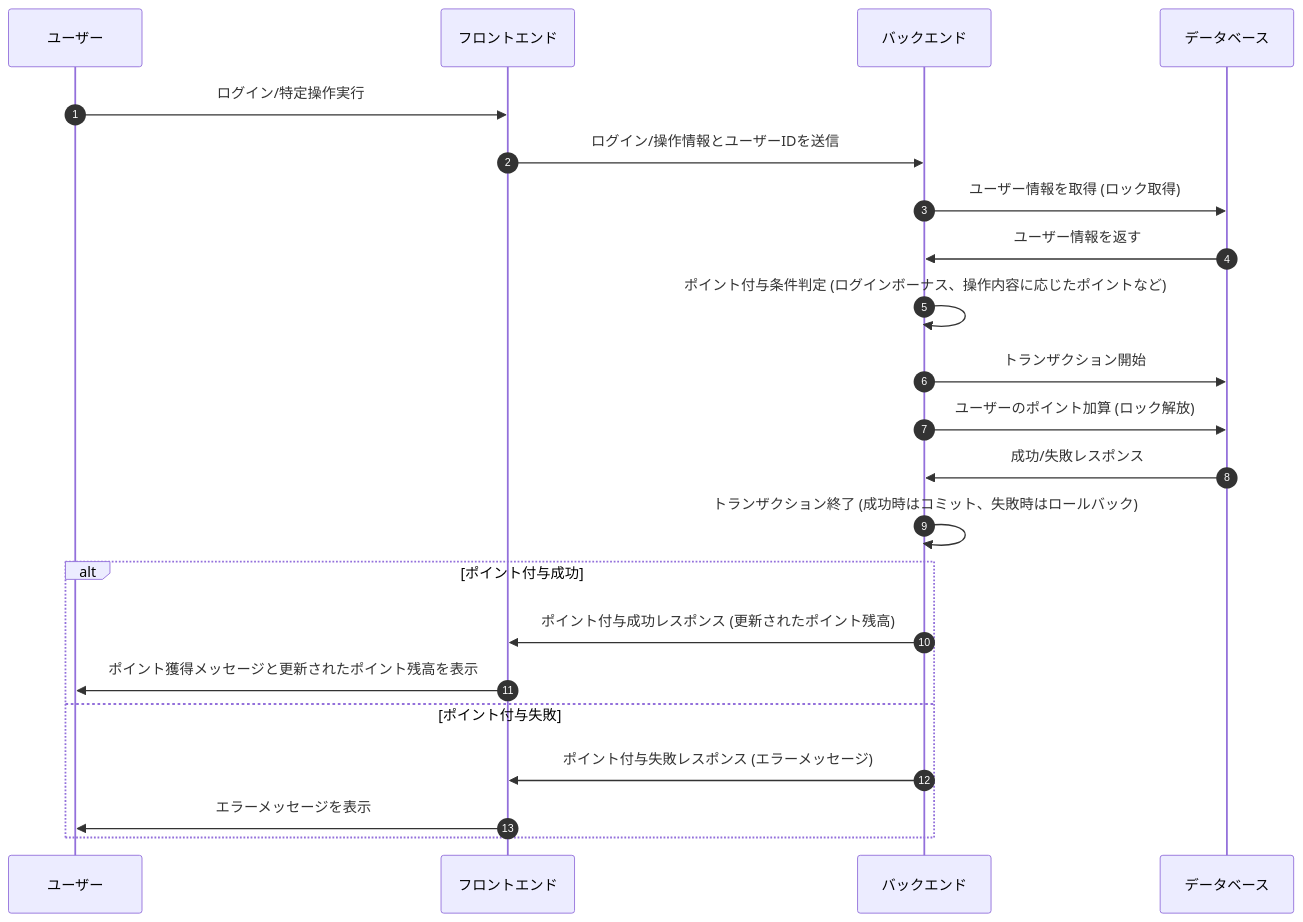
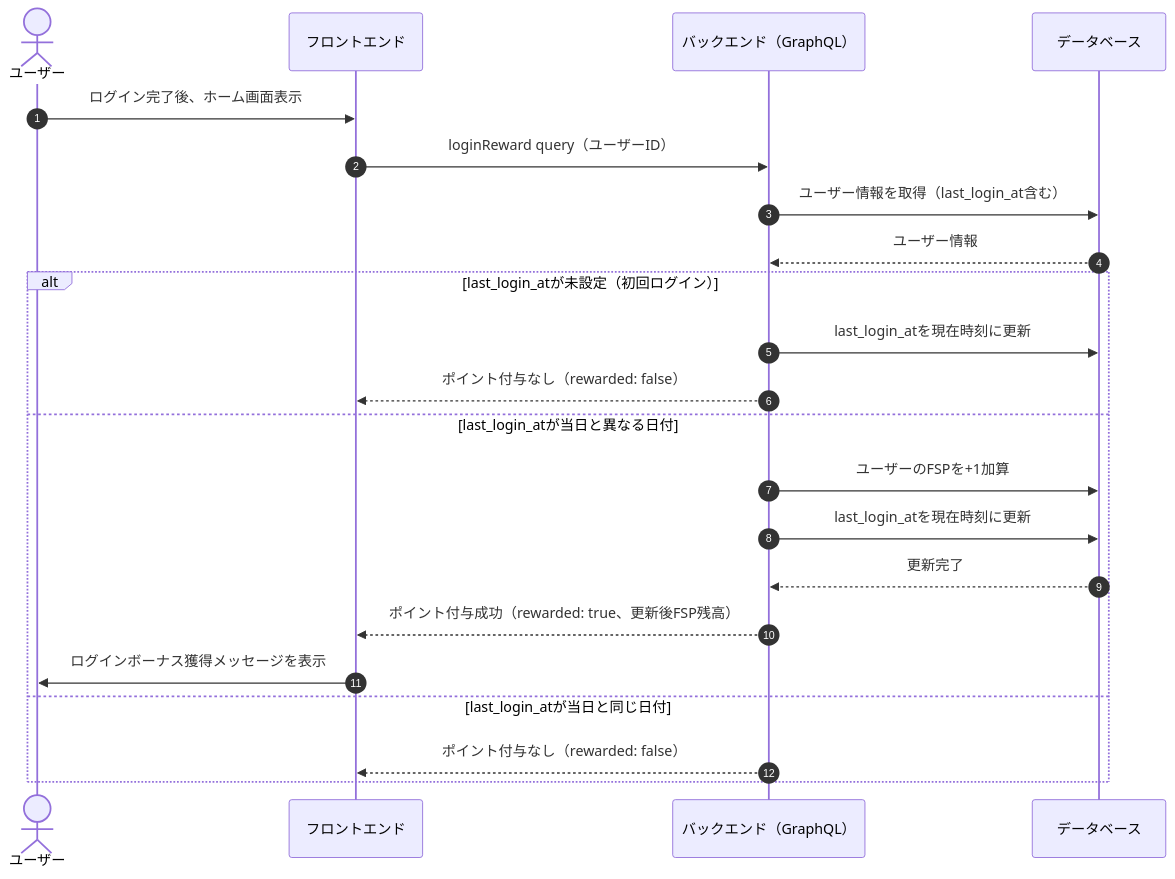
The sixth of 13 diagrams in docs/sequence-diagrams.md (sc-hosokawa/frienda), drawn with Mermaid before and after one commit. The commit also changed other lines of this file, not shown here.

First line of the commit message:
docs: ソースコードの実装に基づいてシーケンス図を全面修正

````diff
--- a/docs/sequence-diagrams.md
+++ b/docs/sequence-diagrams.md
@@ -305,26 +270,28 @@
 ```mermaid
 sequenceDiagram
     autonumber
 
-    participant User as ユーザー
-    participant Frontend as フロントエンド
-    participant Backend as バックエンド
-    participant Database as データベース
+    actor ユーザー
+    participant フロントエンド
+    participant バックエンド as バックエンド（GraphQL）
+    participant データベース
 
-    User->>Frontend: ログイン/特定操作実行
-    Frontend->>Backend: ログイン/操作情報とユーザーIDを送信
-    Backend->>Database: ユーザー情報を取得 (ロック取得)
-    Database->>Backend: ユーザー情報を返す
-    Backend->>Backend: ポイント付与条件判定 (ログインボーナス、操作内容に応じたポイントなど)
-    Backend->>Database: トランザクション開始
-    Backend->>Database: ユーザーのポイント加算 (ロック解放)
-    Database->>Backend: 成功/失敗レスポンス
-    Backend->>Backend: トランザクション終了 (成功時はコミット、失敗時はロールバック)
-    alt ポイント付与成功
-        Backend->>Frontend: ポイント付与成功レスポンス (更新されたポイント残高)
-        Frontend->>User: ポイント獲得メッセージと更新されたポイント残高を表示
-    else ポイント付与失敗
-        Backend->>Frontend: ポイント付与失敗レスポンス (エラーメッセージ)
-        Frontend->>User: エラーメッセージを表示
+    ユーザー->>フロントエンド: ログイン完了後、ホーム画面表示
+    フロントエンド->>バックエンド: loginReward query（ユーザーID）
+
+    バックエンド->>データベース: ユーザー情報を取得（last_login_at含む）
+    データベース-->>バックエンド: ユーザー情報
+
+    alt last_login_atが未設定（初回ログイン）
+        バックエンド->>データベース: last_login_atを現在時刻に更新
+        バックエンド-->>フロントエンド: ポイント付与なし（rewarded: false）
+    else last_login_atが当日と異なる日付
+        バックエンド->>データベース: ユーザーのFSPを+1加算
+        バックエンド->>データベース: last_login_atを現在時刻に更新
+        データベース-->>バックエンド: 更新完了
+        バックエンド-->>フロントエンド: ポイント付与成功（rewarded: true、更新後FSP残高）
+        フロントエンド->>ユーザー: ログインボーナス獲得メッセージを表示
+    else last_login_atが当日と同じ日付
+        バックエンド-->>フロントエンド: ポイント付与なし（rewarded: false）
     end
 ```
````
